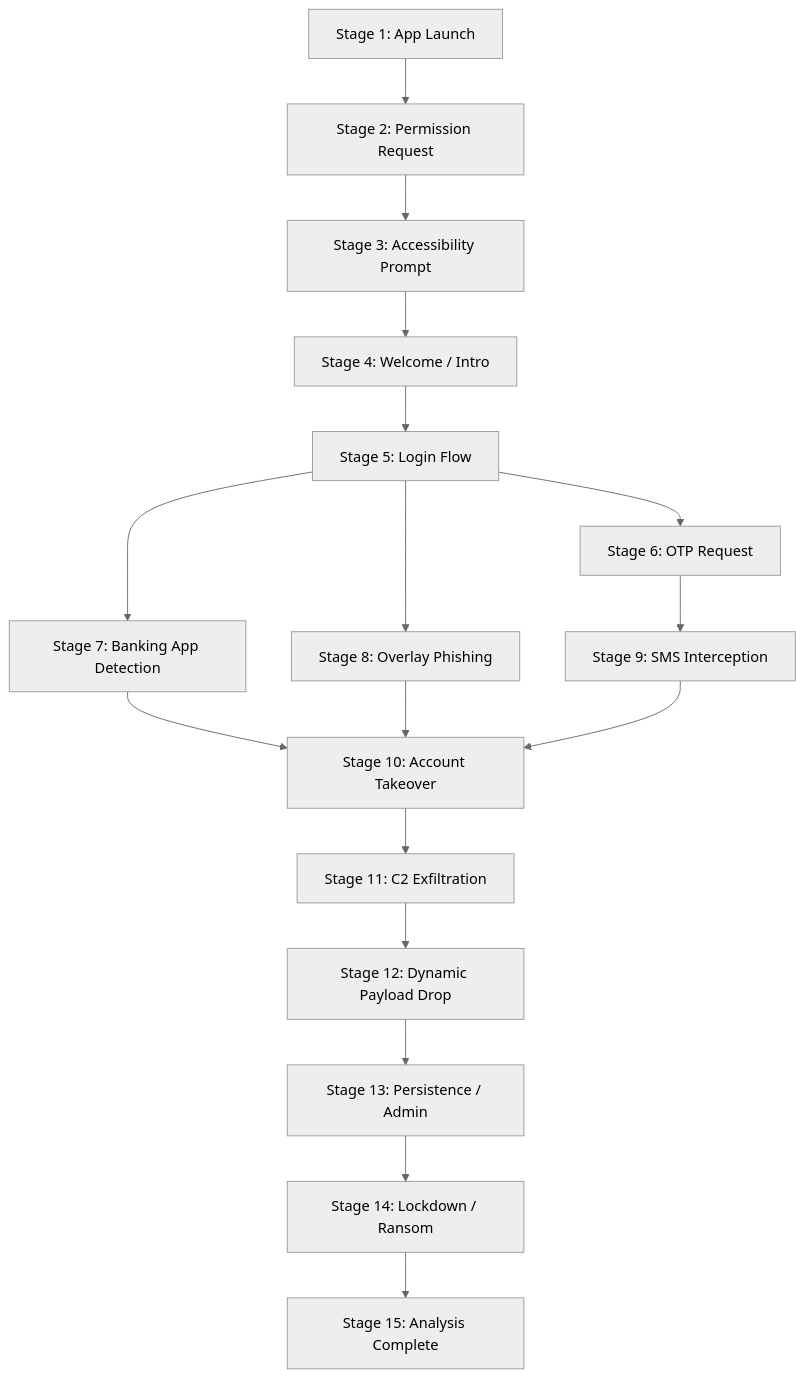
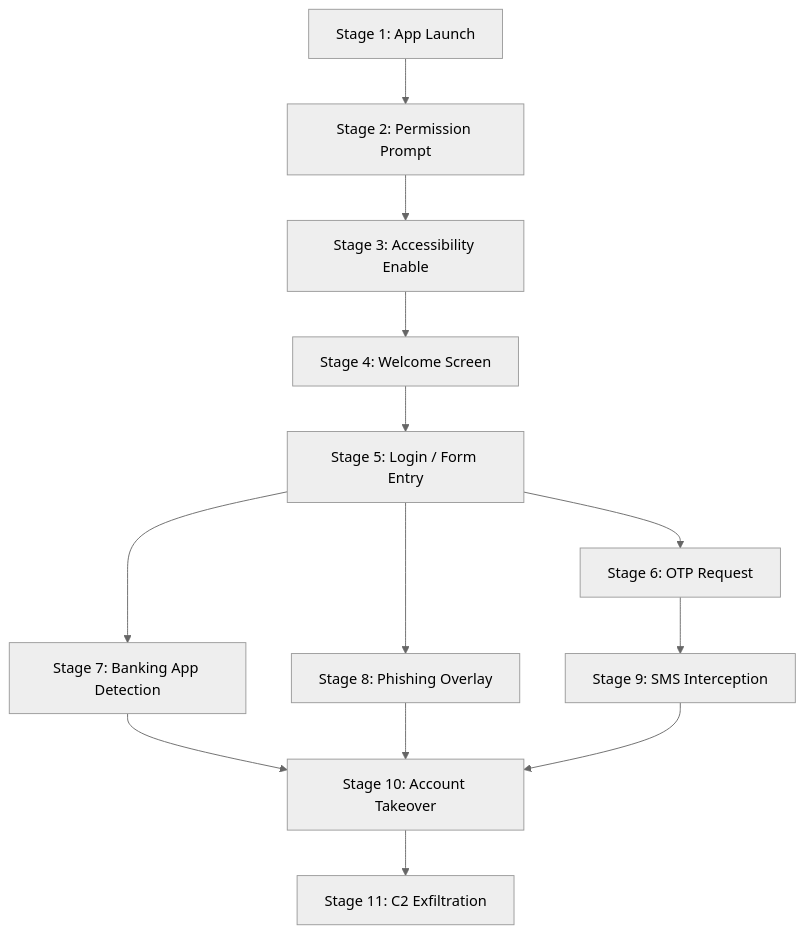
One commit to SanTiwari07/Sudarshan changed the second of 2 diagrams in docs/architecture/04_DYNAMIC_ANALYSIS_ENGINE.md. Above: the diagram before and after it, drawn with Mermaid (neutral theme). The commit also changed other lines of this file and 46 other files, not shown here.

````diff
--- a/docs/architecture/04_DYNAMIC_ANALYSIS_ENGINE.md
+++ b/docs/architecture/04_DYNAMIC_ANALYSIS_ENGINE.md
@@ -112,19 +109,15 @@
 ```mermaid
 graph TD
-    S1[Stage 1: App Launch] --> S2[Stage 2: Permission Request]
-    S2 --> S3[Stage 3: Accessibility Prompt]
-    S3 --> S4[Stage 4: Welcome / Intro]
-    S4 --> S5[Stage 5: Login Flow]
+    S1[Stage 1: App Launch] --> S2[Stage 2: Permission Prompt]
+    S2 --> S3[Stage 3: Accessibility Enable]
+    S3 --> S4[Stage 4: Welcome Screen]
+    S4 --> S5[Stage 5: Login / Form Entry]
     S5 --> S6[Stage 6: OTP Request]
     S5 --> S7[Stage 7: Banking App Detection]
-    S5 --> S8[Stage 8: Overlay Phishing]
+    S5 --> S8[Stage 8: Phishing Overlay]
     S6 --> S9[Stage 9: SMS Interception]
     S7 --> S10[Stage 10: Account Takeover]
     S8 --> S10
     S9 --> S10
     S10 --> S11[Stage 11: C2 Exfiltration]
-    S11 --> S12[Stage 12: Dynamic Payload Drop]
-    S12 --> S13[Stage 13: Persistence / Admin]
-    S13 --> S14[Stage 14: Lockdown / Ransom]
-    S14 --> S15[Stage 15: Analysis Complete]
 ```
````
